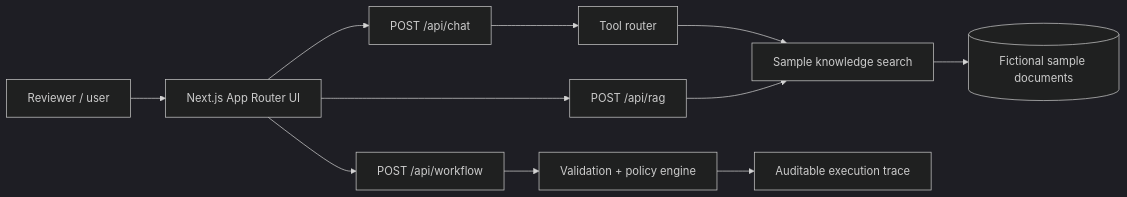
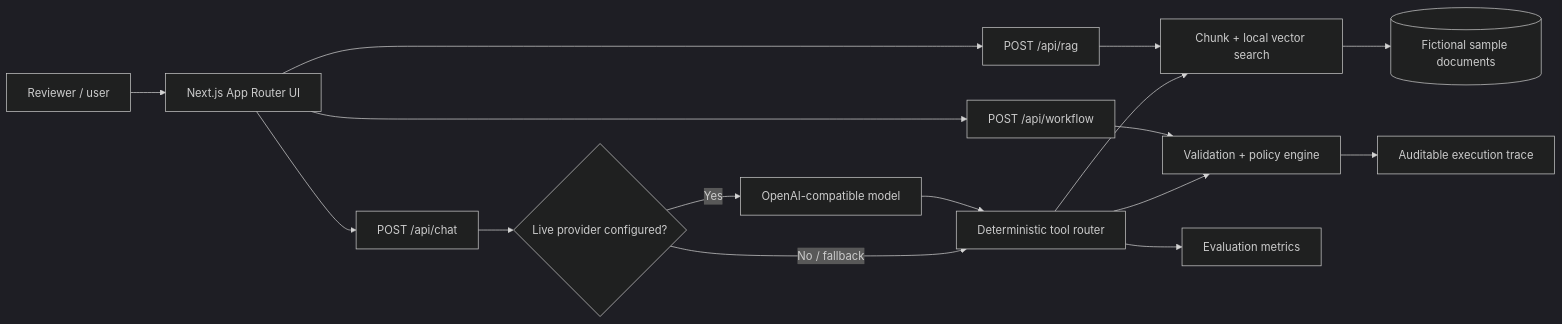
One commit to Palatip18/ai-operations-studio changed the diagram in README.md. Above: the diagram before and after it, drawn with Mermaid (dark theme). The commit also changed other lines of this file and 13 other files, not shown here.

Commit message:
Add vector retrieval multi-tool routing and evaluation

````diff
--- a/README.md
+++ b/README.md
@@ -35,13 +43,18 @@
 ```mermaid
 flowchart LR
   U["Reviewer / user"] --> UI["Next.js App Router UI"]
   UI --> C["POST /api/chat"]
   UI --> R["POST /api/rag"]
   UI --> W["POST /api/workflow"]
-  C --> T["Tool router"]
-  T --> K["Sample knowledge search"]
+  C --> L{"Live provider configured?"}
+  L -->|"Yes"| M["OpenAI-compatible model"]
+  L -->|"No / fallback"| T["Deterministic tool router"]
+  M --> T
+  T --> K["Chunk + local vector search"]
+  T --> V
+  T --> E["Evaluation metrics"]
   R --> K
   W --> V["Validation + policy engine"]
   K --> D[("Fictional sample documents")]
   V --> O["Auditable execution trace"]
 ```
````
